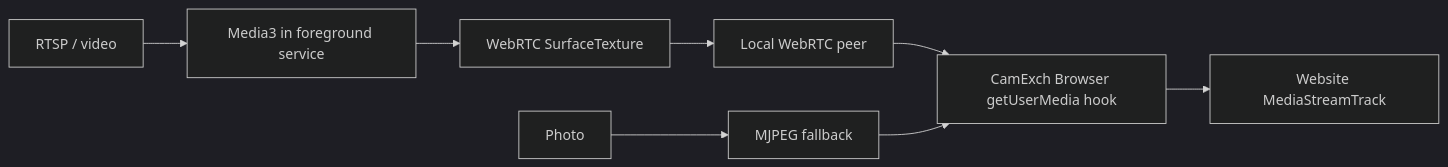
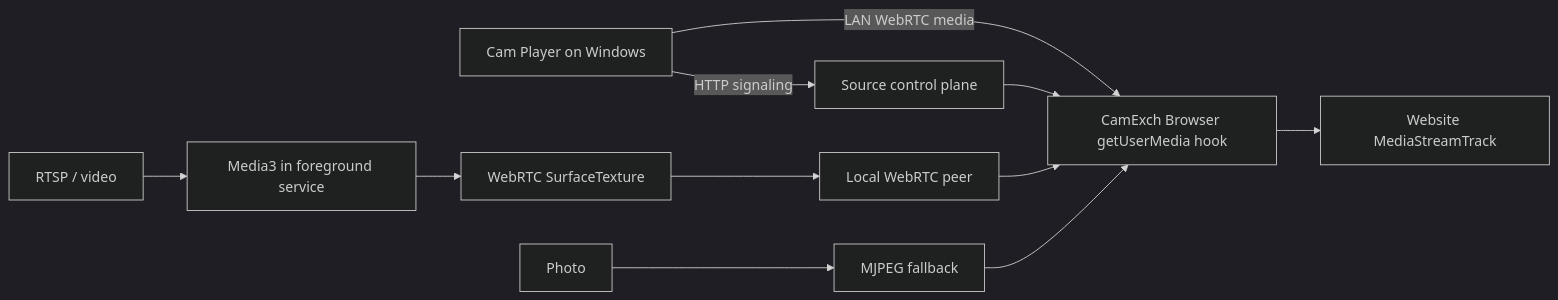
One commit to inserrnet/CamExch changed the diagram in README.md. Above: the diagram before and after it, drawn with Mermaid (dark theme). The commit also changed other lines of this file and 24 other files, not shown here.

Commit message:
Add Cam Player LAN source

````diff
--- a/README.md
+++ b/README.md
@@ -46,10 +62,13 @@
 ```mermaid
 flowchart LR
     A["RTSP / video"] --> B["Media3 in foreground service"]
     B --> C["WebRTC SurfaceTexture"]
     C --> D["Local WebRTC peer"]
     E["Photo"] --> F["MJPEG fallback"]
+    I["Cam Player on Windows"] -->|"LAN WebRTC media"| G
+    I -->|"HTTP signaling"| J["Source control plane"]
+    J --> G
     D --> G["CamExch Browser getUserMedia hook"]
     F --> G
     G --> H["Website MediaStreamTrack"]
 ```
````
